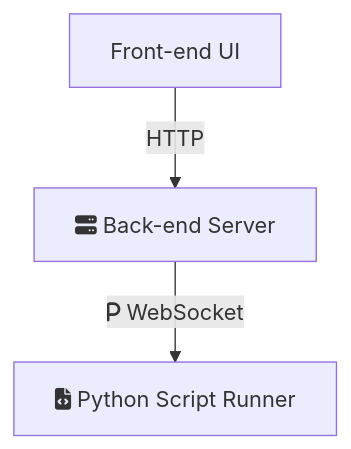
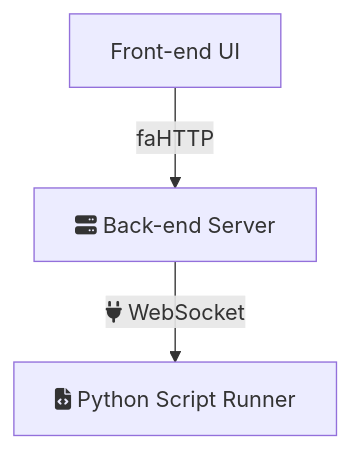
One commit to AlkeySheng/iodraw-files changed the diagram in all/未命名.md. Above: the diagram before and after it, drawn with Mermaid.

Commit message:
2024-05-20 14:58:08 update

````diff
--- a/all/未命名.md
+++ b/all/未命名.md
@@ -1,6 +1,6 @@
 ```mermaid
 graph TD
-    A[Front-end UI] -->|HTTP| B[fa:fa-server Back-end Server]
-    B -->|fa:fa-p WebSocket| C[fa:fa-file-code Python Script Runner]
+    A[Front-end UI] -->|faHTTP| B[fa:fa-server Back-end Server]
+    B -->|fa:fa-plug WebSocket| C[fa:fa-file-code Python Script Runner]
 
 ```
````
